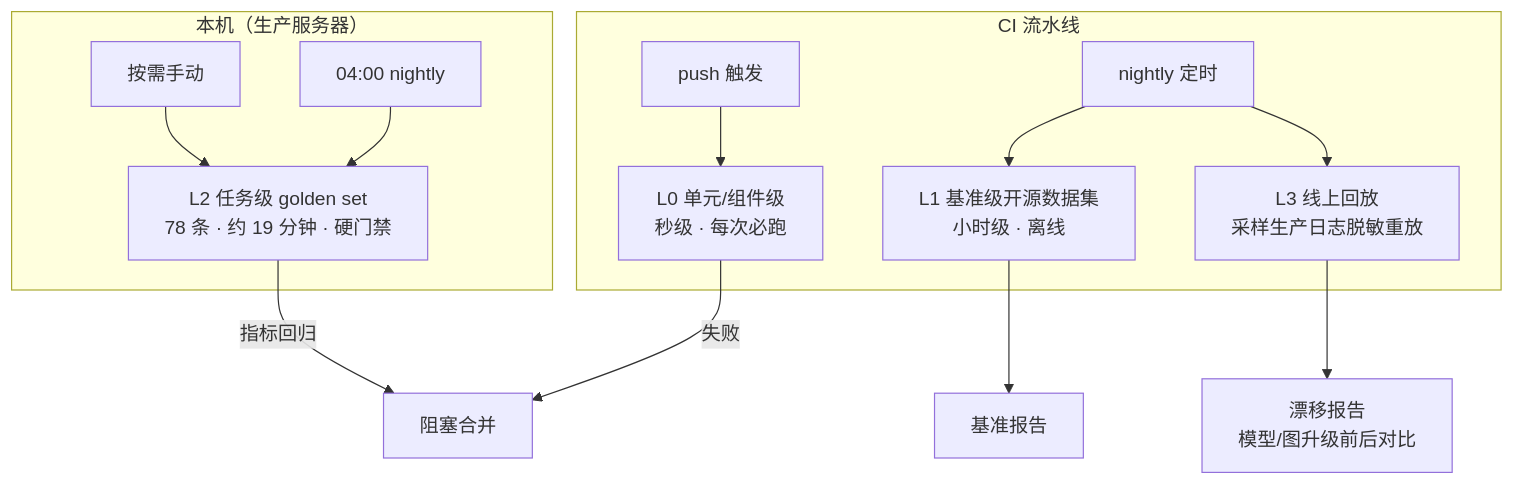
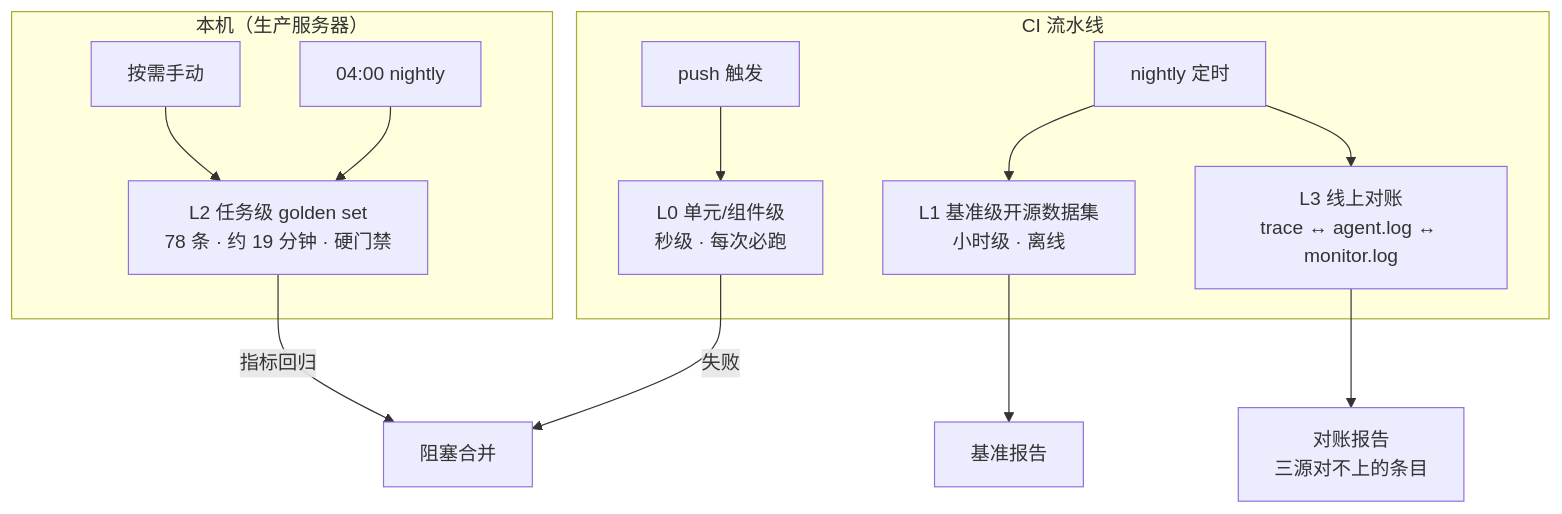
Before and after one commit to BigLeopardCat/saudade-blog-agent: the first of 2 diagrams in docs/eval-observability.md, drawn with Mermaid. The commit also changed other lines of this file, not shown here.

````diff
--- a/docs/eval-observability.md
+++ b/docs/eval-observability.md
@@ -76,16 +85,16 @@
 ```mermaid
 flowchart TB
     subgraph CI[CI 流水线]
         P0[push 触发] --> L0[L0 单元/组件级<br/>秒级 · 每次必跑]
         N[nightly 定时] --> L1[L1 基准级开源数据集<br/>小时级 · 离线]
-        N --> L3[L3 线上回放<br/>采样生产日志脱敏重放]
+        N --> L3[L3 线上对账<br/>trace ↔ agent.log ↔ monitor.log]
     end
     subgraph LOCAL[本机（生产服务器）]
         P1[按需手动] --> L2[L2 任务级 golden set<br/>78 条 · 约 19 分钟 · 硬门禁]
         N2[04:00 nightly] --> L2
     end
     L0 -->|失败| BLOCK[阻塞合并]
     L2 -->|指标回归| BLOCK
     L1 --> R1[基准报告]
-    L3 --> R2[漂移报告<br/>模型/图升级前后对比]
+    L3 --> R2[对账报告<br/>三源对不上的条目]
 ```
````
